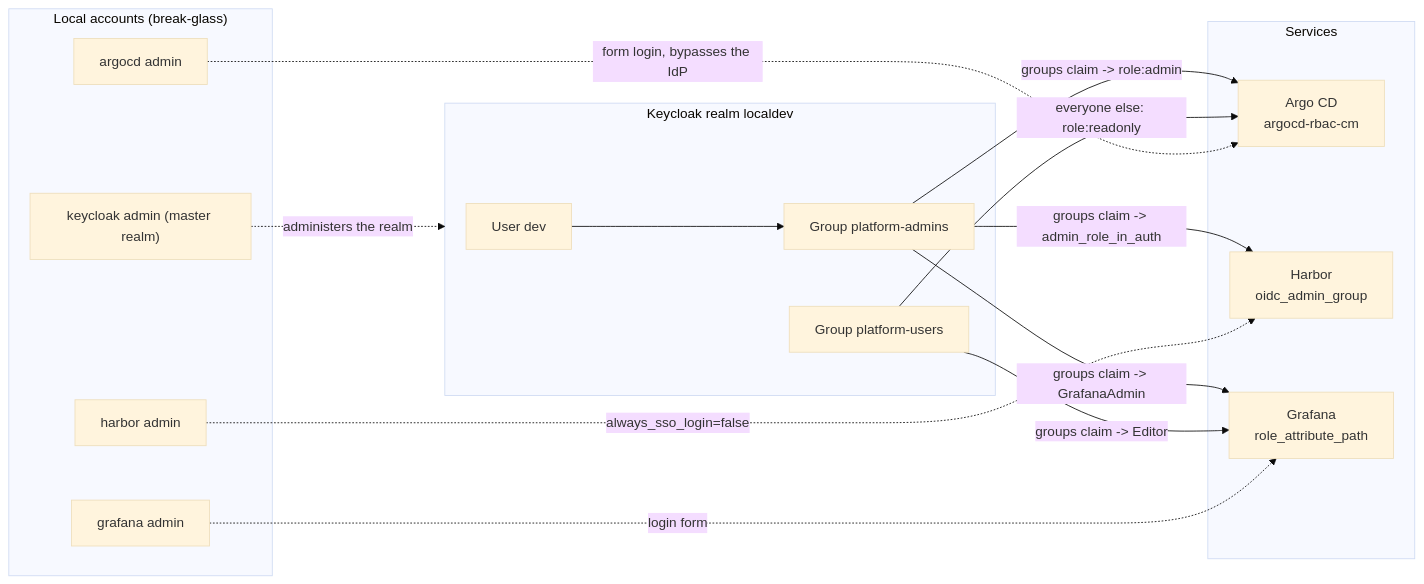
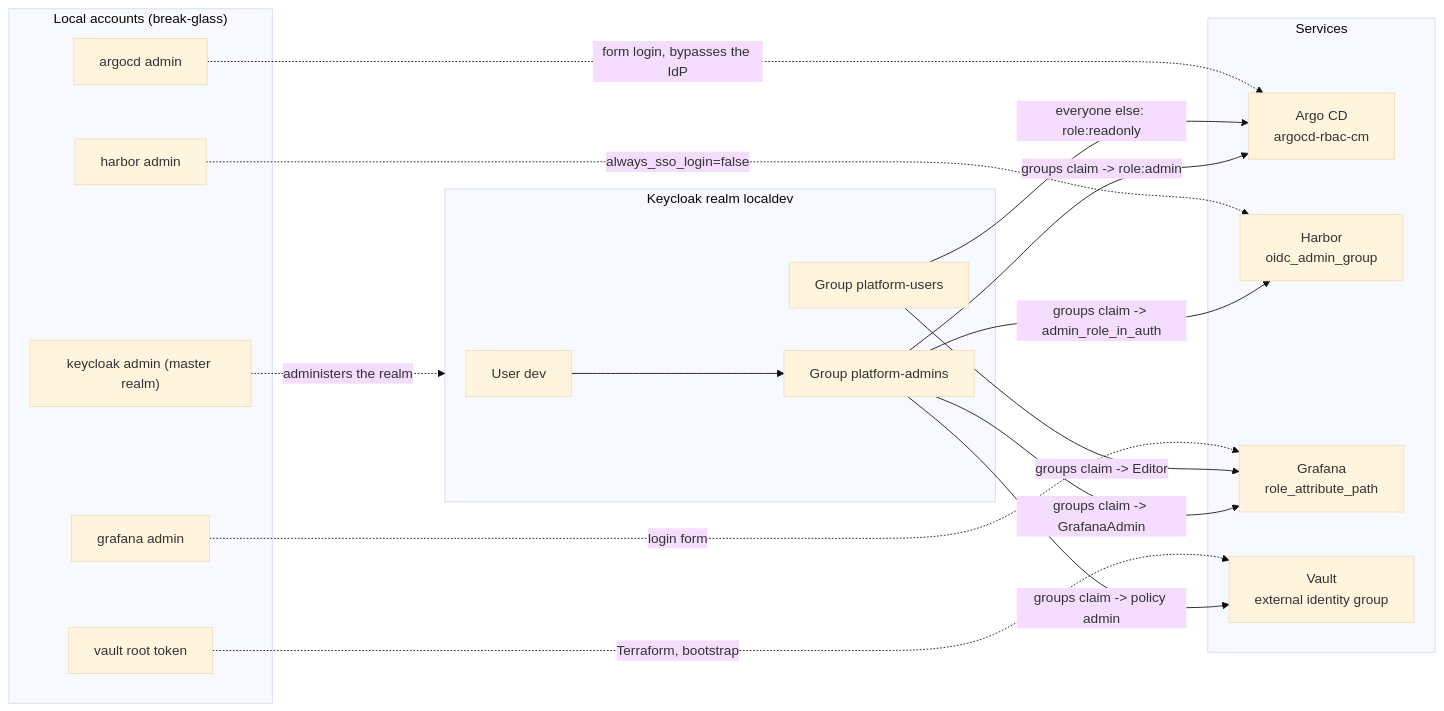
Before and after one commit to leopold2410/devcluster: the sixth of 6 diagrams in architecture.md, drawn with Mermaid (base theme). The commit also changed other lines of this file and 2 other files, not shown here.

First line of the commit message:
Document update-setup-06: Vault in architecture.md, README and the plan

````diff
--- a/architecture.md
+++ b/architecture.md
@@ -243,30 +295,34 @@
 ```mermaid
 flowchart LR
     subgraph kc["Keycloak realm localdev"]
         dev["User dev"]
         ga["Group platform-admins"]
         gu["Group platform-users"]
         dev --> ga
     end
     subgraph svc["Services"]
         argo["Argo CD<br/>argocd-rbac-cm"]
         harbor["Harbor<br/>oidc_admin_group"]
         grafana["Grafana<br/>role_attribute_path"]
+        vault["Vault<br/>external identity group"]
     end
     subgraph local["Local accounts (break-glass)"]
         la["argocd admin"]
         lh["harbor admin"]
         lg["grafana admin"]
+        lv["vault root token"]
         lk["keycloak admin (master realm)"]
     end
 
     ga -->|"groups claim -> role:admin"| argo
     ga -->|"groups claim -> admin_role_in_auth"| harbor
     ga -->|"groups claim -> GrafanaAdmin"| grafana
     gu -->|"everyone else: role:readonly"| argo
     gu -->|"groups claim -> Editor"| grafana
     la -.->|"form login, bypasses the IdP"| argo
     lh -.->|"always_sso_login=false"| harbor
     lg -.->|"login form"| grafana
+    ga -->|"groups claim -> policy admin"| vault
+    lv -.->|"Terraform, bootstrap"| vault
     lk -.->|"administers the realm"| kc
 ```
````
